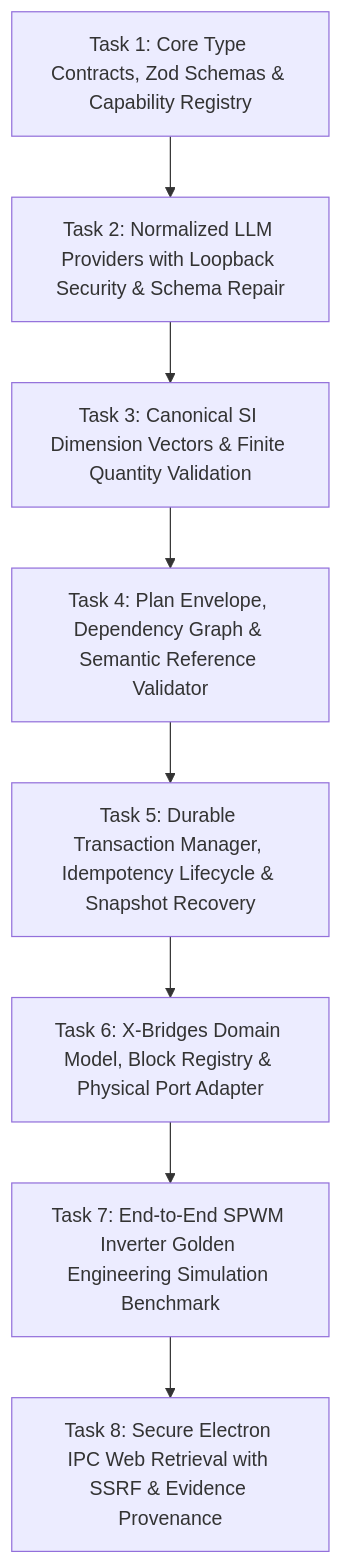
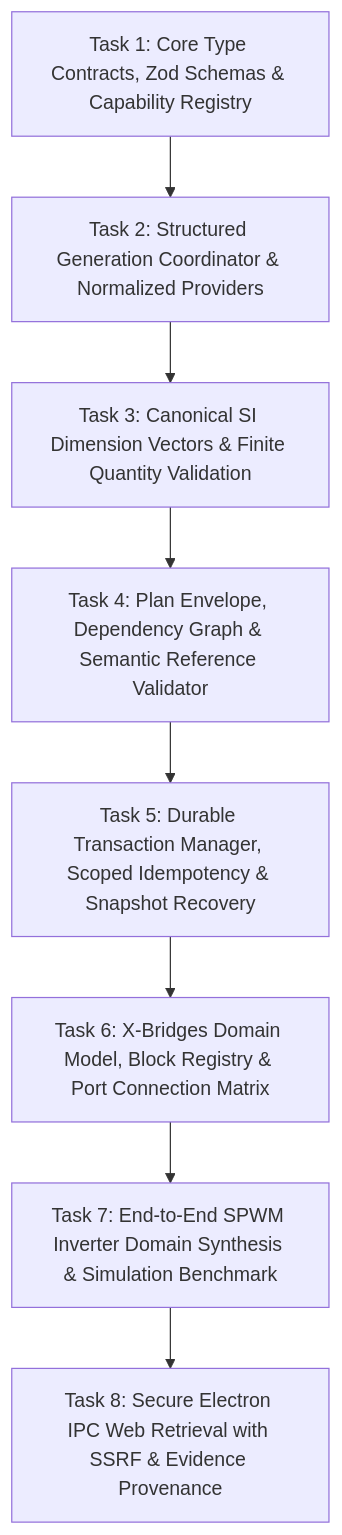
One commit to bassembiomy/ADAI- changed the diagram in docs/superpowers/plans/2026-08-18-adia-autonomous-ai-copilot.md. Above: the diagram before and after it, drawn with Mermaid. The commit also changed other lines of this file, not shown here.

Commit message:
docs: finalize autonomous AI Copilot master plan v3.0 with complete end-to-end vertical slice, staged transactions, and domain-lowered simulation benchmark

````diff
--- a/docs/superpowers/plans/2026-08-18-adia-autonomous-ai-copilot.md
+++ b/docs/superpowers/plans/2026-08-18-adia-autonomous-ai-copilot.md
@@ -30,10 +31,10 @@
 ```mermaid
 flowchart TD
-    T1["Task 1: Core Type Contracts, Zod Schemas & Capability Registry"] --> T2["Task 2: Normalized LLM Providers with Loopback Security & Schema Repair"]
+    T1["Task 1: Core Type Contracts, Zod Schemas & Capability Registry"] --> T2["Task 2: Structured Generation Coordinator & Normalized Providers"]
     T2 --> T3["Task 3: Canonical SI Dimension Vectors & Finite Quantity Validation"]
     T3 --> T4["Task 4: Plan Envelope, Dependency Graph & Semantic Reference Validator"]
-    T4 --> T5["Task 5: Durable Transaction Manager, Idempotency Lifecycle & Snapshot Recovery"]
-    T5 --> T6["Task 6: X-Bridges Domain Model, Block Registry & Physical Port Adapter"]
-    T6 --> T7["Task 7: End-to-End SPWM Inverter Golden Engineering Simulation Benchmark"]
+    T4 --> T5["Task 5: Durable Transaction Manager, Scoped Idempotency & Snapshot Recovery"]
+    T5 --> T6["Task 6: X-Bridges Domain Model, Block Registry & Port Connection Matrix"]
+    T6 --> T7["Task 7: End-to-End SPWM Inverter Domain Synthesis & Simulation Benchmark"]
     T7 --> T8["Task 8: Secure Electron IPC Web Retrieval with SSRF & Evidence Provenance"]
 ```
````
